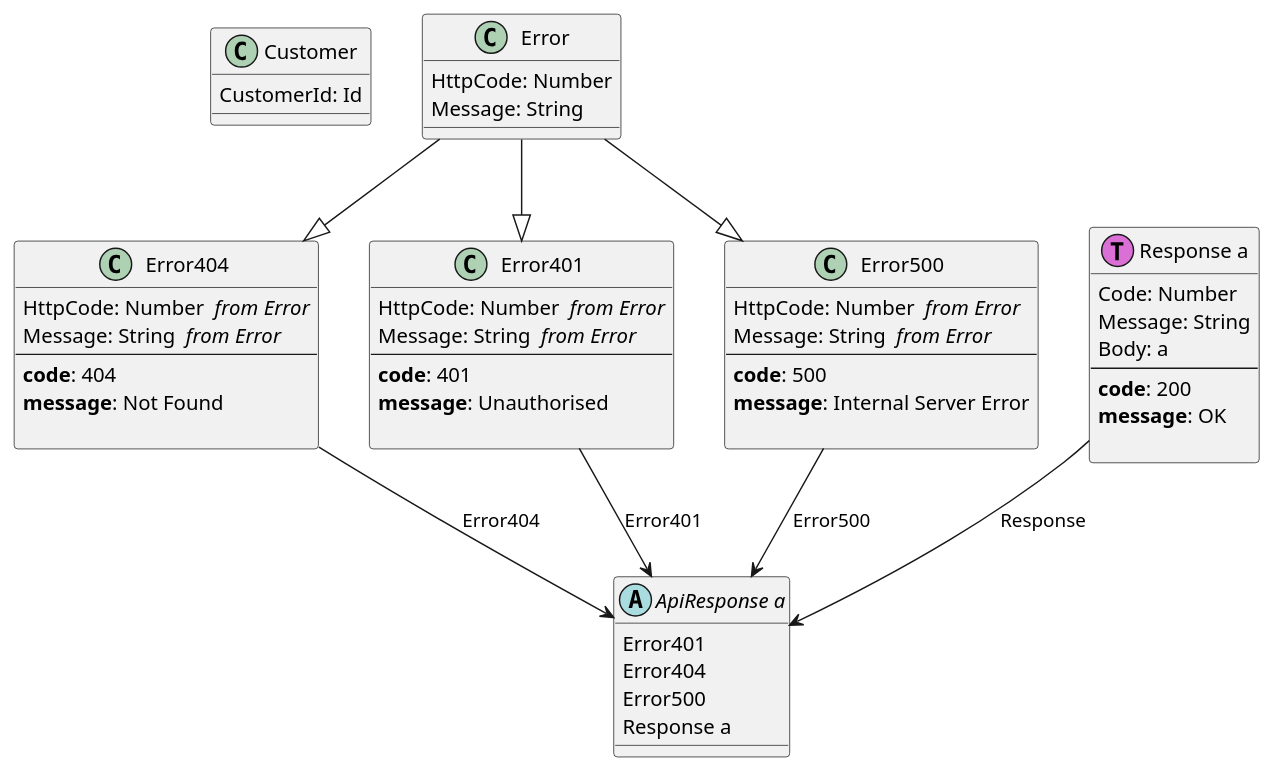
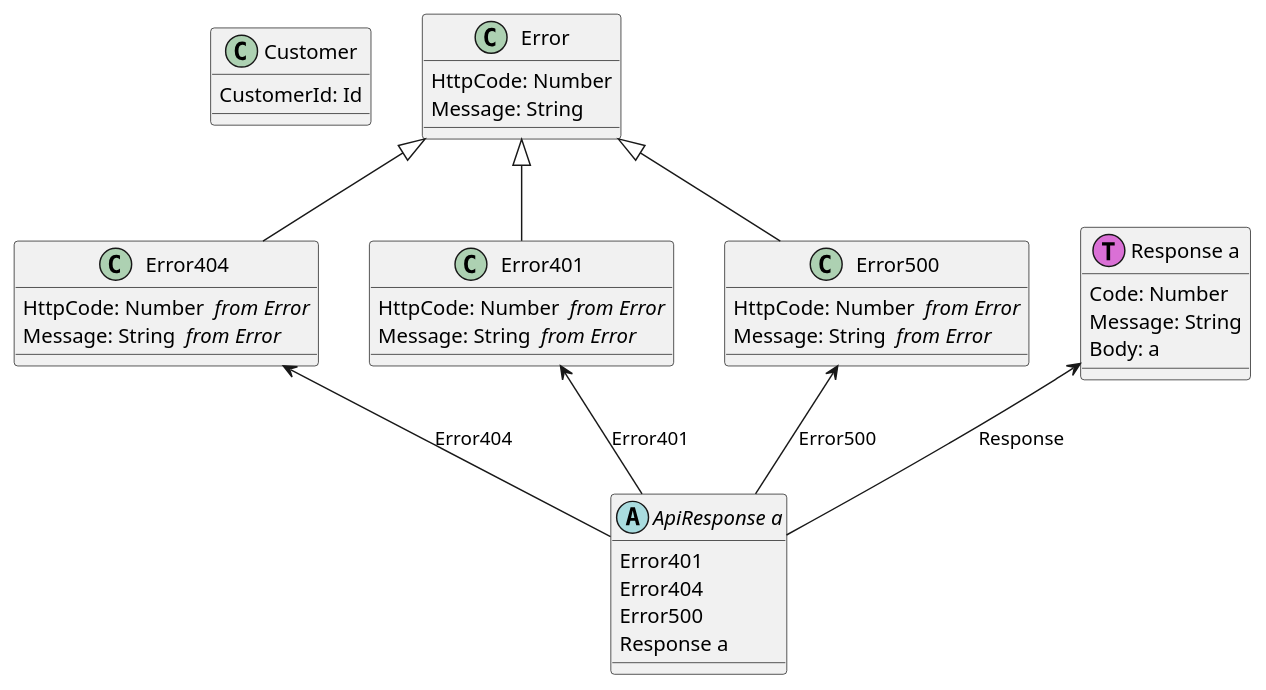
Before and after one commit to Baudin999/car-lang: the diagram in Examples/.out/v0.0.1/Request/Request.puml, drawn with PlantUML. The commit also changed 29 other files, not shown here.

```diff
--- a/Examples/.out/v0.0.1/Request/Request.puml
+++ b/Examples/.out/v0.0.1/Request/Request.puml
@@ -1,53 +1,37 @@
 class "Customer" as Customer  {
 	CustomerId: Id 
 }
 class "Error" as Error  {
 	HttpCode: Number 
 	Message: String 
 }
 class "Error404 " as Error404  {
 	HttpCode: Number  <i>from Error</i>
 	Message: String  <i>from Error</i>
---
-  <b>code</b>: 404
-<b>message</b>: Not Found
-    
 }
-Error --|> Error404
+Error <|-- Error404
 class "Error401 " as Error401  {
 	HttpCode: Number  <i>from Error</i>
 	Message: String  <i>from Error</i>
---
-  <b>code</b>: 401
-<b>message</b>: Unauthorised
-    
 }
-Error --|> Error401
+Error <|-- Error401
 class "Error500 " as Error500  {
 	HttpCode: Number  <i>from Error</i>
 	Message: String  <i>from Error</i>
---
-  <b>code</b>: 500
-<b>message</b>: Internal Server Error
-    
 }
-Error --|> Error500
+Error <|-- Error500
 class "Response a" as Response << (T,orchid) >> {
 	Code: Number 
 	Message: String 
 	Body: a 
---
-  <b>code</b>: 200
-<b>message</b>: OK
-    
 }
 abstract "ApiResponse a" as ApiResponse {
 	Error401 
 	Error404 
 	Error500 
 	Response a
 }
-Error401 --> ApiResponse : Error401
-Error404 --> ApiResponse : Error404
-Error500 --> ApiResponse : Error500
-Response --> ApiResponse : Response
+Error401 <-- ApiResponse : Error401
+Error404 <-- ApiResponse : Error404
+Error500 <-- ApiResponse : Error500
+Response <-- ApiResponse : Response
```
